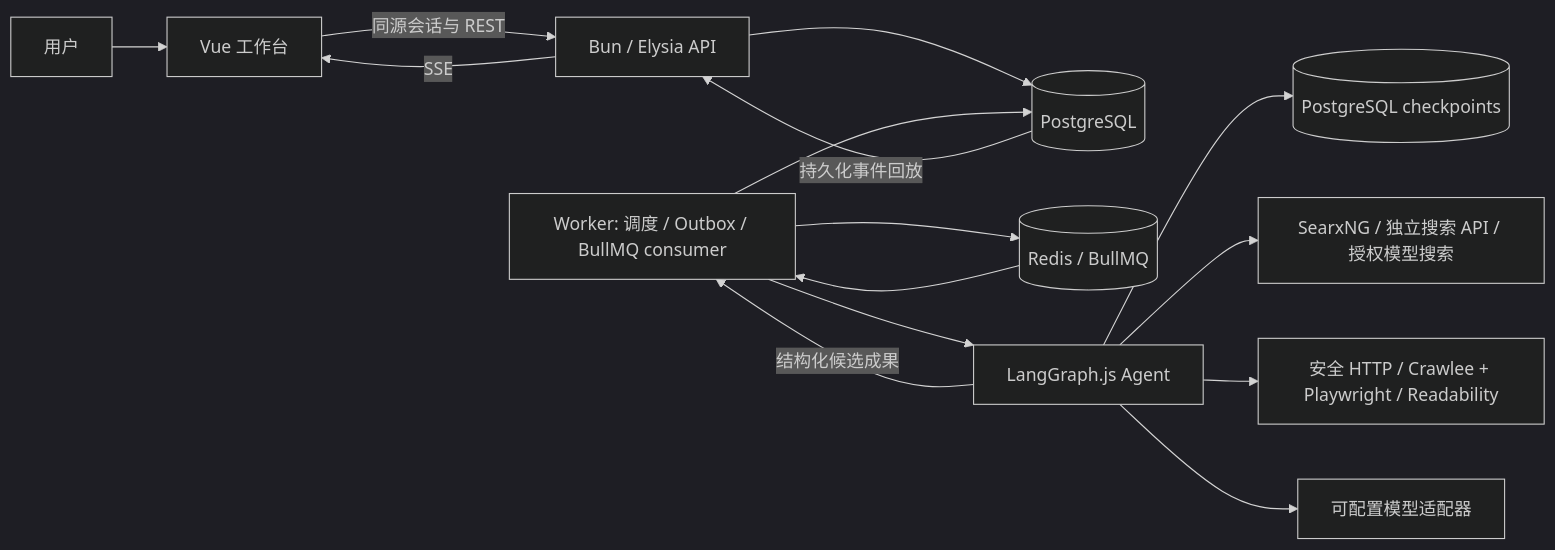
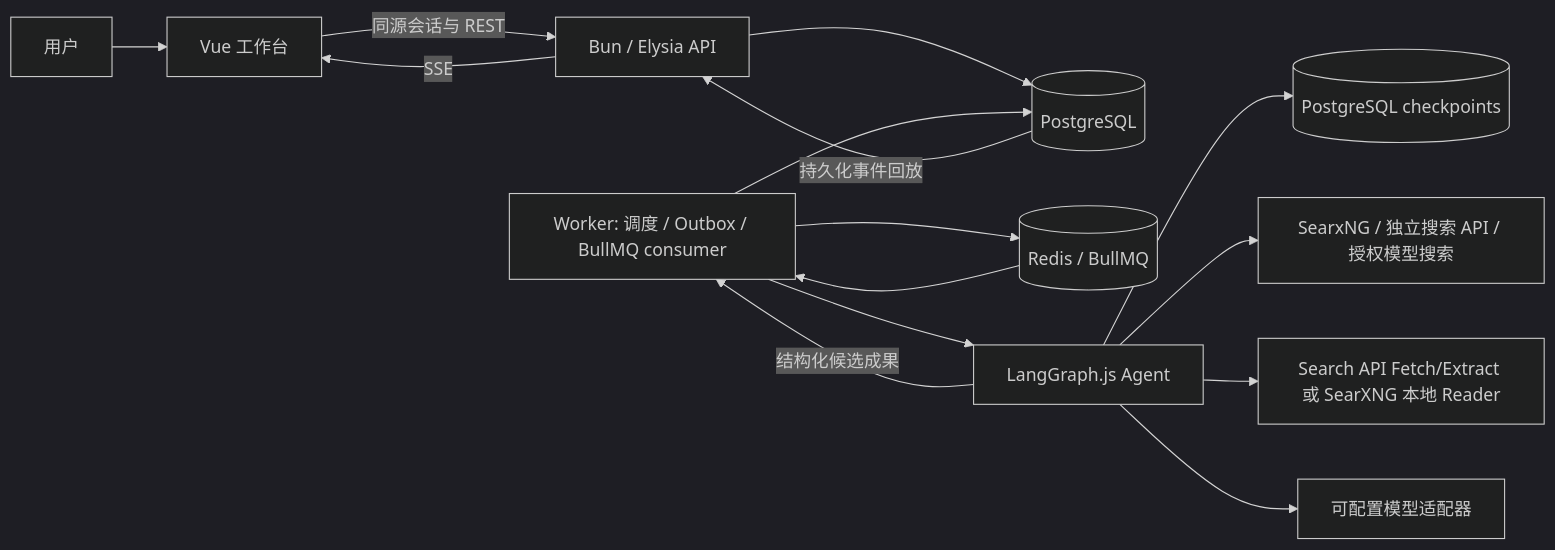
Before and after one commit to abcde1239/scova: the first of 3 diagrams in docs/public/reference/architecture.md, drawn with Mermaid (dark theme). The commit also changed other lines of this file and 426 other files, not shown here.

````diff
--- a/docs/public/reference/architecture.md
+++ b/docs/public/reference/architecture.md
@@ -11,17 +11,17 @@
 ```mermaid
 flowchart LR
   User[用户] --> Web[Vue 工作台]
   Web -->|同源会话与 REST| API[Bun / Elysia API]
   API --> PG[(PostgreSQL)]
   PG -->|持久化事件回放| API
   API -->|SSE| Web
   Worker[Worker: 调度 / Outbox / BullMQ consumer] --> PG
   Worker --> Queue[(Redis / BullMQ)]
   Queue --> Worker
   Worker --> Graph[LangGraph.js Agent]
   Graph --> CP[(PostgreSQL checkpoints)]
   Graph --> Search[SearxNG / 独立搜索 API / 授权模型搜索]
-  Graph --> Reader[安全 HTTP / Crawlee + Playwright / Readability]
+  Graph --> Reader[Search API Fetch/Extract 或 SearXNG 本地 Reader]
   Graph --> Model[可配置模型适配器]
   Graph -->|结构化候选成果| Worker
 ```
````
